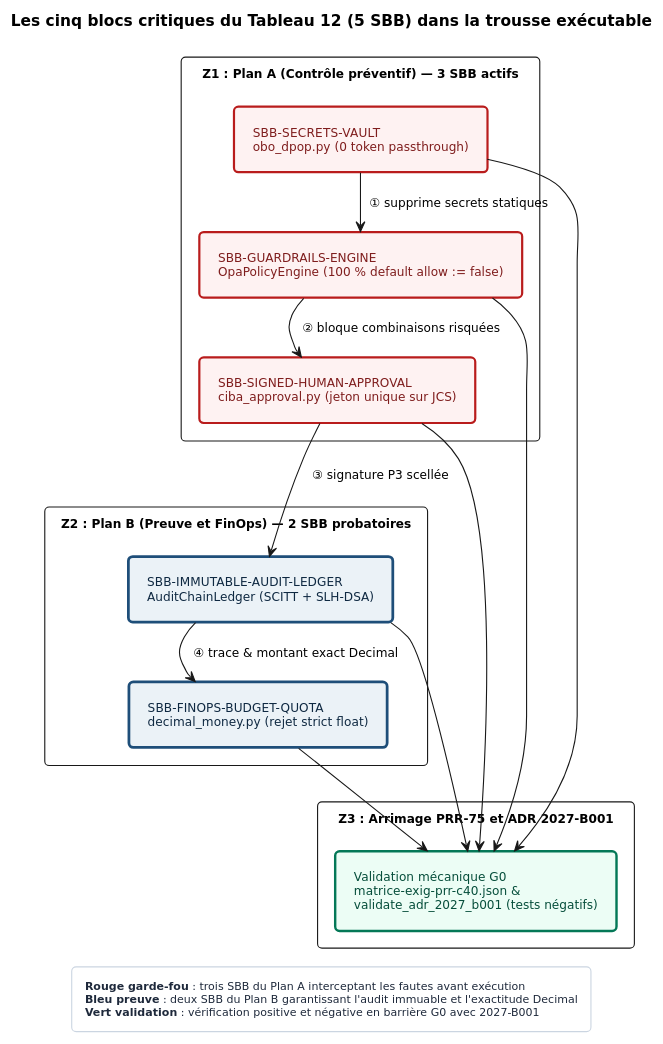
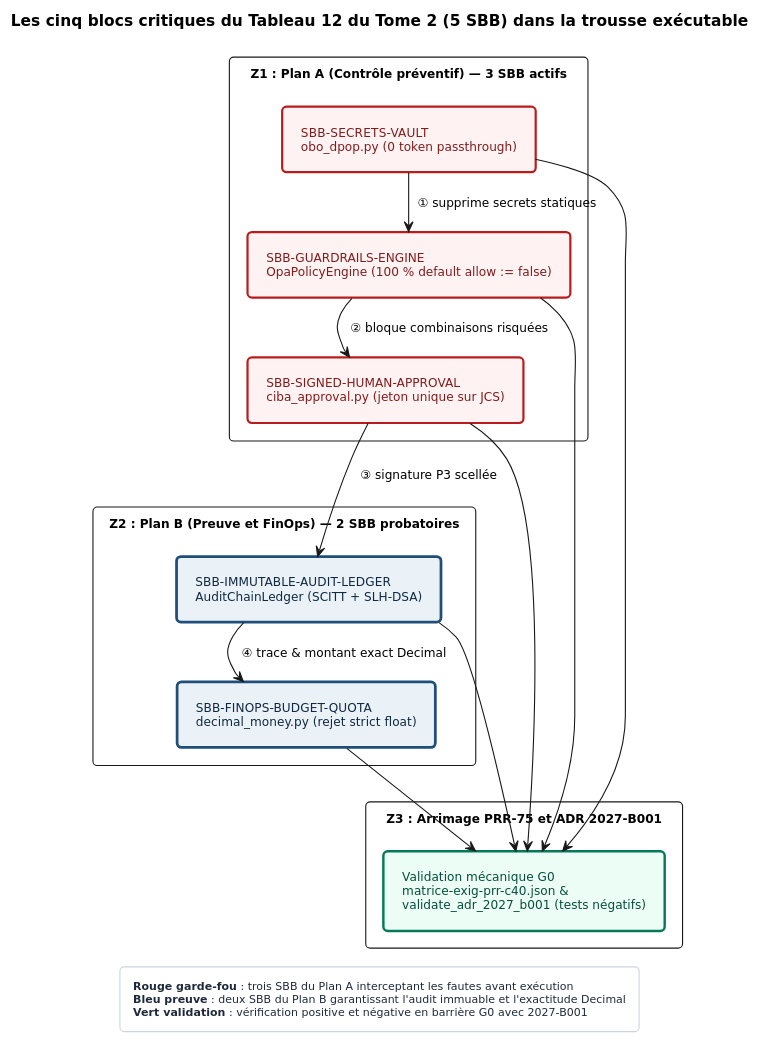
Before and after one commit to agbruneau/Agentique: the diagram in Sources/Compendium/ouvrage/schemas/SCH-35-02.puml, drawn with PlantUML. The commit also changed 121 other files, not shown here.

```diff
--- a/Sources/Compendium/ouvrage/schemas/SCH-35-02.puml
+++ b/Sources/Compendium/ouvrage/schemas/SCH-35-02.puml
@@ -1,88 +1,88 @@
 @startuml
 <style>
 document {
   BackgroundColor #FFFFFF
 }
 .det {
   BackgroundColor #EBF2F7
   LineColor #1E4E79
   LineThickness 2.5
   FontColor #0F2942
 }
 .prob {
   BackgroundColor #FFF5E0
   LineColor #B45309
   LineThickness 2.0
   LineStyle 5
   FontColor #451A03
 }
 .danger {
   BackgroundColor #FEF2F2
   LineColor #B91C1C
   LineThickness 2.0
   FontColor #7F1D1D
 }
 .ok {
   BackgroundColor #ECFDF5
   LineColor #047857
   LineThickness 2.2
   FontColor #064E3B
 }
 .ext {
   BackgroundColor #F3F4F6
   LineColor #4B5563
   LineThickness 1.5
   FontColor #111827
 }
 package {
   BackgroundColor #F8FAFC
   LineColor #64748B
   LineThickness 1.2
   FontColor #334155
 }
 legend {
   BackgroundColor #FFFFFF
   LineColor #CBD5E1
   FontColor #1E293B
   FontSize 10
 }
 </style>
 hide stereotype
 top to bottom direction
 skinparam defaultFontName "DejaVu Sans"
 skinparam defaultFontSize 11
 skinparam shadowing false
 skinparam roundcorner 8
 skinparam packageStyle rectangle
 skinparam nodesep 22
 skinparam ranksep 26
 skinparam padding 7
 
-title Les cinq blocs critiques du Tableau 12 (5 SBB) dans la trousse exécutable
+title Les cinq blocs critiques du Tableau 12 du Tome 2 (5 SBB) dans la trousse exécutable
 package "Z1 : Plan A (Contrôle préventif) — 3 SBB actifs" {
   rectangle "SBB-SECRETS-VAULT\nobo_dpop.py (0 token passthrough)" as SBB1 <<danger>>
   rectangle "SBB-GUARDRAILS-ENGINE\nOpaPolicyEngine (100 % default allow := false)" as SBB2 <<danger>>
   rectangle "SBB-SIGNED-HUMAN-APPROVAL\nciba_approval.py (jeton unique sur JCS)" as SBB3 <<danger>>
 }
 package "Z2 : Plan B (Preuve et FinOps) — 2 SBB probatoires" {
   rectangle "SBB-IMMUTABLE-AUDIT-LEDGER\nAuditChainLedger (SCITT + SLH-DSA)" as SBB4 <<det>>
   rectangle "SBB-FINOPS-BUDGET-QUOTA\ndecimal_money.py (rejet strict float)" as SBB5 <<det>>
 }
 package "Z3 : Arrimage PRR-75 et ADR 2027-B001" {
   rectangle "Validation mécanique G0\nmatrice-exig-prr-c40.json &\nvalidate_adr_2027_b001 (tests négatifs)" as VAL <<ok>>
 }
 SBB1 --> SBB2 : ① supprime secrets statiques
 SBB2 --> SBB3 : ② bloque combinaisons risquées
 SBB3 --> SBB4 : ③ signature P3 scellée
 SBB4 --> SBB5 : ④ trace & montant exact Decimal
 SBB1 --> VAL
 SBB2 --> VAL
 SBB3 --> VAL
 SBB4 --> VAL
 SBB5 --> VAL
 legend bottom
   **Rouge garde-fou** : trois SBB du Plan A interceptant les fautes avant exécution
   **Bleu preuve** : deux SBB du Plan B garantissant l'audit immuable et l'exactitude Decimal
   **Vert validation** : vérification positive et négative en barrière G0 avec 2027-B001
 end legend
 @enduml
```
